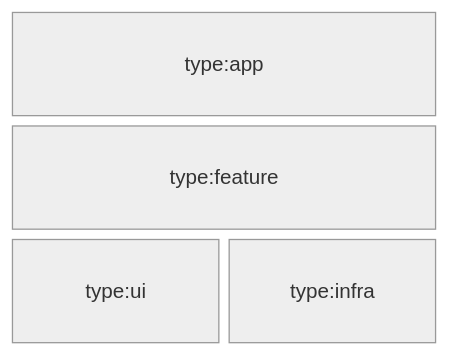
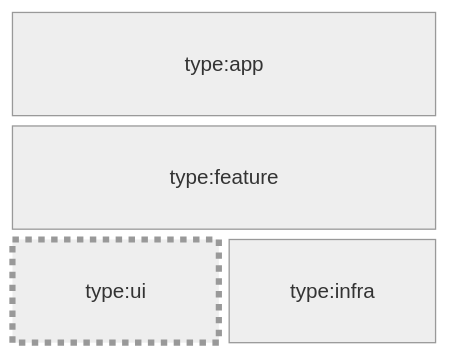
One commit to marmicode/cookbook changed the fourth of 6 diagrams in apps/cookbook/docs/nx/03-scaling/02-organize-libs.md. Above: the diagram before and after it, drawn with Mermaid (neutral theme). The commit also changed other lines of this file, not shown here.

Commit message:
docs(nx): 📝 merge frontend and backend architecture styles

````diff
--- a/apps/cookbook/docs/nx/03-scaling/02-organize-libs.md
+++ b/apps/cookbook/docs/nx/03-scaling/02-organize-libs.md
@@ -149,10 +148,10 @@
 ```mermaid
 block-beta
 columns 2
   app["type:app"]:2
   feature["type:feature"]:2
   ui["type:ui"]
   infra["type:infra"]
   style infra height:5rem,width:10rem
-  style ui height:5rem,width:10rem
+  style ui height:5rem,width:10rem,stroke-width:.3rem,stroke-dasharray:5
 ```
````
